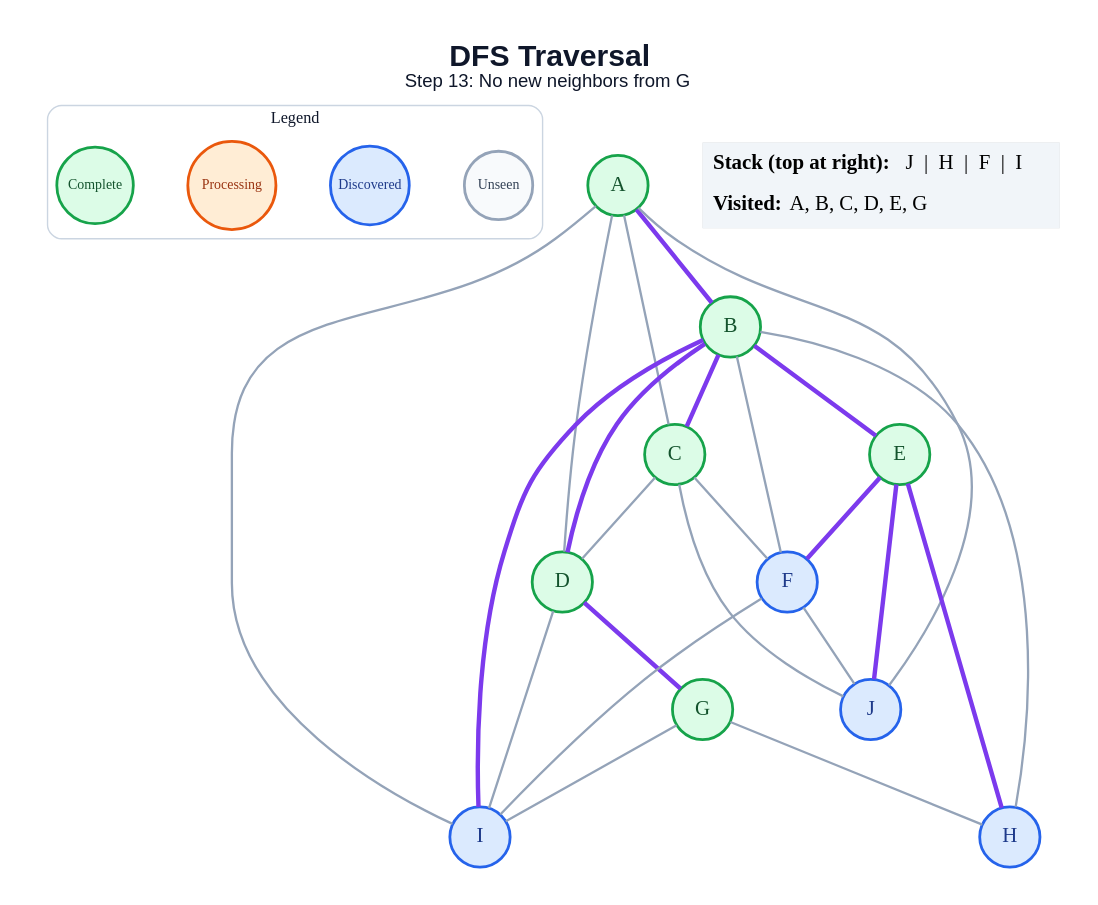
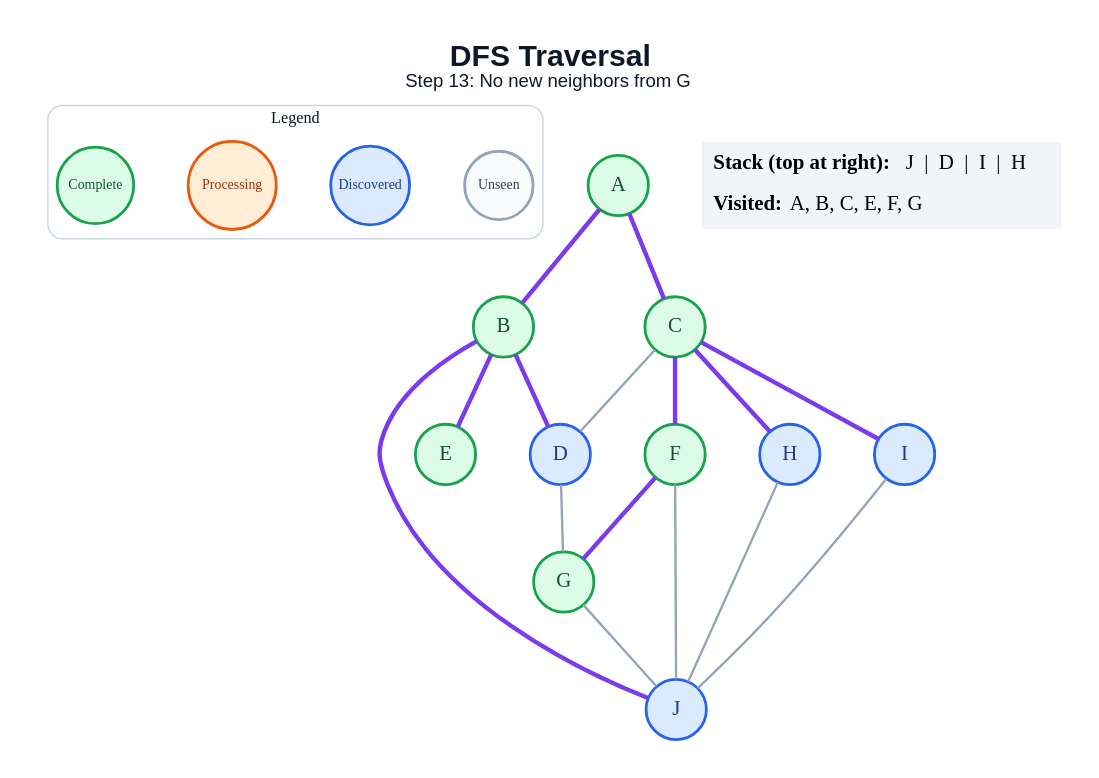
One commit to anon7238593-create/ai-slop changed the diagram in generated/specific-node/dfs/step_13.dot. Above: the diagram before and after it, drawn with Graphviz. The commit also changed 171 other files, not shown here.

```diff
--- a/generated/specific-node/dfs/step_13.dot
+++ b/generated/specific-node/dfs/step_13.dot
@@ -1,52 +1,44 @@
 graph traversal {
   graph [layout=dot, rankdir=TB, bgcolor="#FFFFFF", pad="0.35", nodesep="0.65", ranksep="0.8", fontname="Arial"];
   node [shape=circle, style="filled", fontname="Arial Bold", fontsize=18, width=0.72, fixedsize=true, penwidth=2.4];
   edge [color="#94A3B8", penwidth=2.0];
   label=<<B>DFS Traversal</B><BR/><FONT POINT-SIZE="16">Step 13: No new neighbors from G</FONT>>; labelloc="t"; fontsize=26; fontname="Arial"; fontcolor="#0F172A";
   subgraph cluster_legend { label="Legend"; color="#CBD5E1"; penwidth=1.2; style="rounded"; fontsize=14; fontname="Arial Bold";
     key_unseen [label="Unseen", fillcolor="#F8FAFC", color="#94A3B8", fontcolor="#334155", fontsize=12, width=0.82];
     key_frontier [label="Discovered", fillcolor="#DBEAFE", color="#2563EB", fontcolor="#1E3A8A", fontsize=12, width=0.95];
     key_current [label="Processing", fillcolor="#FFEDD5", color="#EA580C", fontcolor="#9A3412", fontsize=12, width=1.05];
     key_done [label="Complete", fillcolor="#DCFCE7", color="#16A34A", fontcolor="#14532D", fontsize=12, width=0.92];
     { rank=same; key_unseen; key_frontier; key_current; key_done; }
   }
   A [fillcolor="#DCFCE7", color="#16A34A", fontcolor="#14532D"];
   B [fillcolor="#DCFCE7", color="#16A34A", fontcolor="#14532D"];
   C [fillcolor="#DCFCE7", color="#16A34A", fontcolor="#14532D"];
-  D [fillcolor="#DCFCE7", color="#16A34A", fontcolor="#14532D"];
+  D [fillcolor="#DBEAFE", color="#2563EB", fontcolor="#1E3A8A"];
   E [fillcolor="#DCFCE7", color="#16A34A", fontcolor="#14532D"];
-  F [fillcolor="#DBEAFE", color="#2563EB", fontcolor="#1E3A8A"];
+  F [fillcolor="#DCFCE7", color="#16A34A", fontcolor="#14532D"];
   G [fillcolor="#DCFCE7", color="#16A34A", fontcolor="#14532D"];
   H [fillcolor="#DBEAFE", color="#2563EB", fontcolor="#1E3A8A"];
   I [fillcolor="#DBEAFE", color="#2563EB", fontcolor="#1E3A8A"];
   J [fillcolor="#DBEAFE", color="#2563EB", fontcolor="#1E3A8A"];
   A -- B [color="#7C3AED", penwidth=3.8];
-  A -- C;
-  A -- D;
-  A -- I;
-  A -- J;
-  B -- C [color="#7C3AED", penwidth=3.8];
+  A -- C [color="#7C3AED", penwidth=3.8];
   B -- D [color="#7C3AED", penwidth=3.8];
   B -- E [color="#7C3AED", penwidth=3.8];
-  B -- F;
-  B -- H;
-  B -- I [color="#7C3AED", penwidth=3.8];
+  B -- J [color="#7C3AED", penwidth=3.8];
   C -- D;
-  C -- F;
-  C -- J;
-  D -- G [color="#7C3AED", penwidth=3.8];
-  D -- I;
-  E -- F [color="#7C3AED", penwidth=3.8];
-  E -- H [color="#7C3AED", penwidth=3.8];
-  E -- J [color="#7C3AED", penwidth=3.8];
-  F -- I;
+  C -- F [color="#7C3AED", penwidth=3.8];
+  C -- H [color="#7C3AED", penwidth=3.8];
+  C -- I [color="#7C3AED", penwidth=3.8];
+  D -- G;
+  F -- G [color="#7C3AED", penwidth=3.8];
   F -- J;
-  G -- H;
-  G -- I;
+  G -- J;
+  H -- J;
+  I -- J;
   status [shape=plain, fixedsize=false, width=0, height=0, margin=0, label=<
     <TABLE BORDER="0" CELLBORDER="0" CELLPADDING="7" BGCOLOR="#F1F5F9">
-      <TR><TD ALIGN="LEFT"><B>Stack (top at right):</B> J  |  H  |  F  |  I</TD></TR>
-      <TR><TD ALIGN="LEFT"><B>Visited:</B> A, B, C, D, E, G</TD></TR>
+      <TR><TD ALIGN="LEFT"><B>Stack (top at right):</B> J  |  D  |  I  |  H</TD></TR>
+      <TR><TD ALIGN="LEFT"><B>Visited:</B> A, B, C, E, F, G</TD></TR>
     </TABLE>
   >];
 }
```
